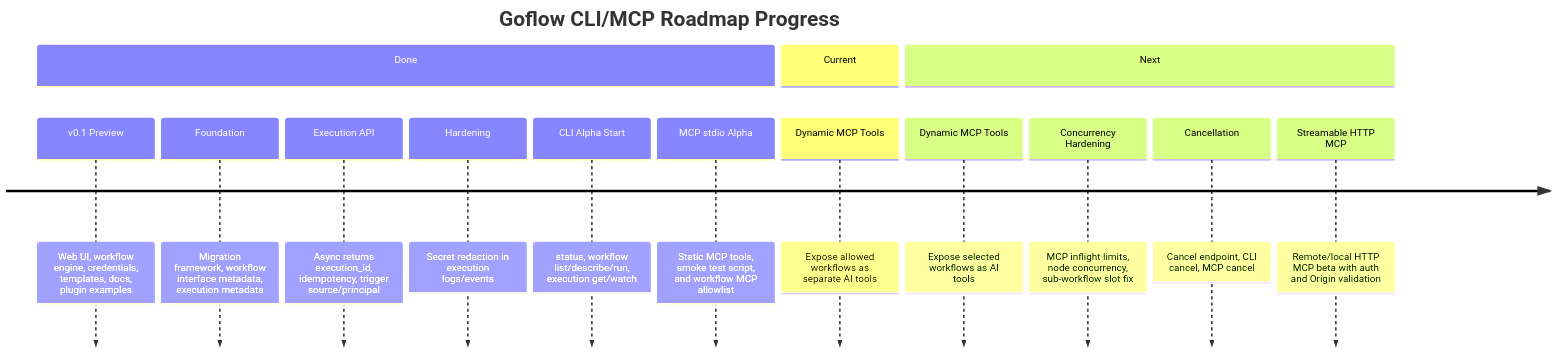
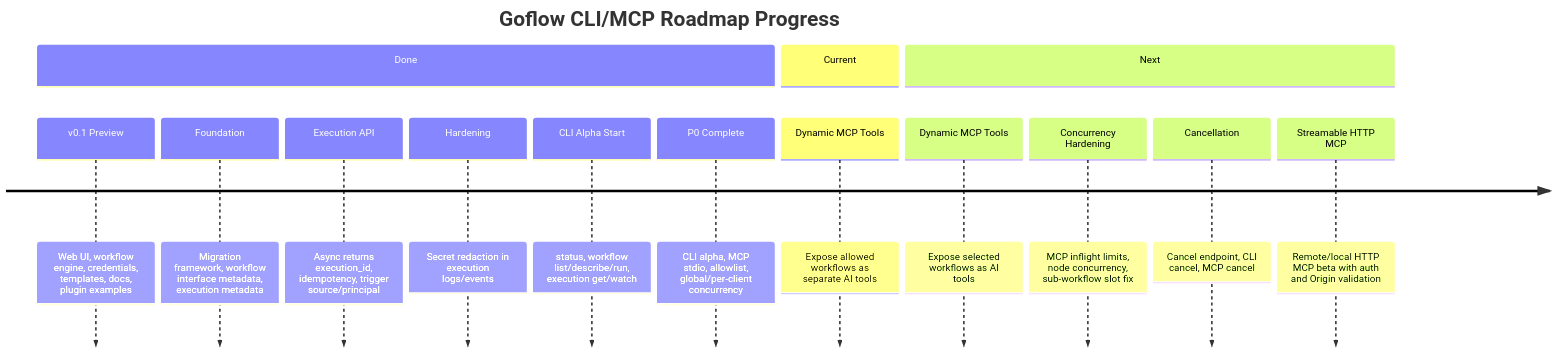
Before and after one commit to hstptcn5/Goflow: the first of 2 diagrams in ROADMAP_PROGRESS.md, drawn with Mermaid. The commit also changed other lines of this file and 5 other files, not shown here.

First line of the commit message:
Enforce per-client MCP inflight limit

````diff
--- a/ROADMAP_PROGRESS.md
+++ b/ROADMAP_PROGRESS.md
@@ -7,21 +7,21 @@
 ```mermaid
 timeline
     title Goflow CLI/MCP Roadmap Progress
 
     section Done
       v0.1 Preview : Web UI, workflow engine, credentials, templates, docs, plugin examples
       Foundation : Migration framework, workflow interface metadata, execution metadata
       Execution API : Async returns execution_id, idempotency, trigger source/principal
       Hardening : Secret redaction in execution logs/events
       CLI Alpha Start : status, workflow list/describe/run, execution get/watch
-      MCP stdio Alpha : Static MCP tools, smoke test script, and workflow MCP allowlist
+      P0 Complete : CLI alpha, MCP stdio, allowlist, global/per-client concurrency
 
     section Current
       Dynamic MCP Tools : Expose allowed workflows as separate AI tools
 
     section Next
       Dynamic MCP Tools : Expose selected workflows as AI tools
       Concurrency Hardening : MCP inflight limits, node concurrency, sub-workflow slot fix
       Cancellation : Cancel endpoint, CLI cancel, MCP cancel
       Streamable HTTP MCP : Remote/local HTTP MCP beta with auth and Origin validation
 ```
````
